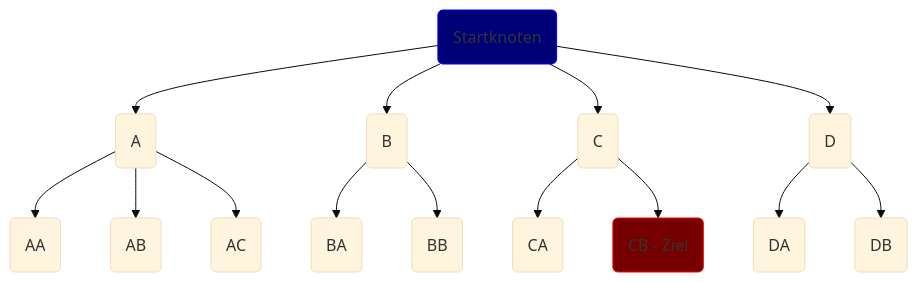
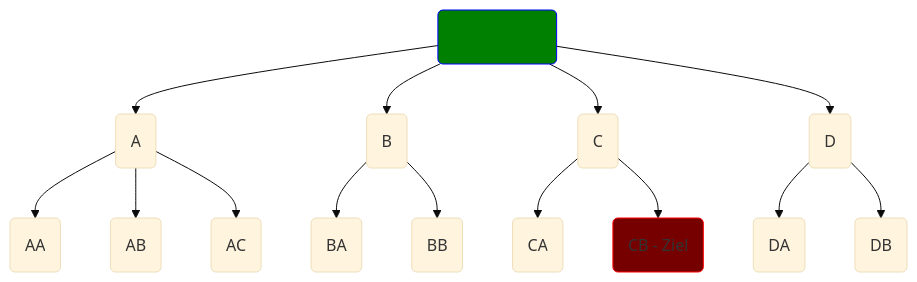
The first of 5 diagrams in docs/solver/ida_star.md (scaui0/scaui0.github.io), drawn with Mermaid (base theme) before and after one commit. The commit also changed 9 other files, not shown here.

````diff
--- a/docs/solver/ida_star.md
+++ b/docs/solver/ida_star.md
@@ -35,18 +35,18 @@
 ```mermaid
 graph TD
     Start(Startknoten) --> A(A)
     Start(Startknoten) --> B(B)
     Start(Startknoten) --> C(C)
     Start(Startknoten) --> D(D)
     A --> AA(AA)
     A --> AB(AB)
     A --> AC(AC)
     B --> BA(BA)
     B --> BB(BB)
     C --> CA(CA)
     C --> CB(CB - Ziel)
     D --> DA(DA)
     D --> DB(DB)
     style CB stroke: red, fill: #760000
-    style Start stroke: blue, fill: #000076
+    style Start stroke: blue, fill: green, color: green
 ```
````
